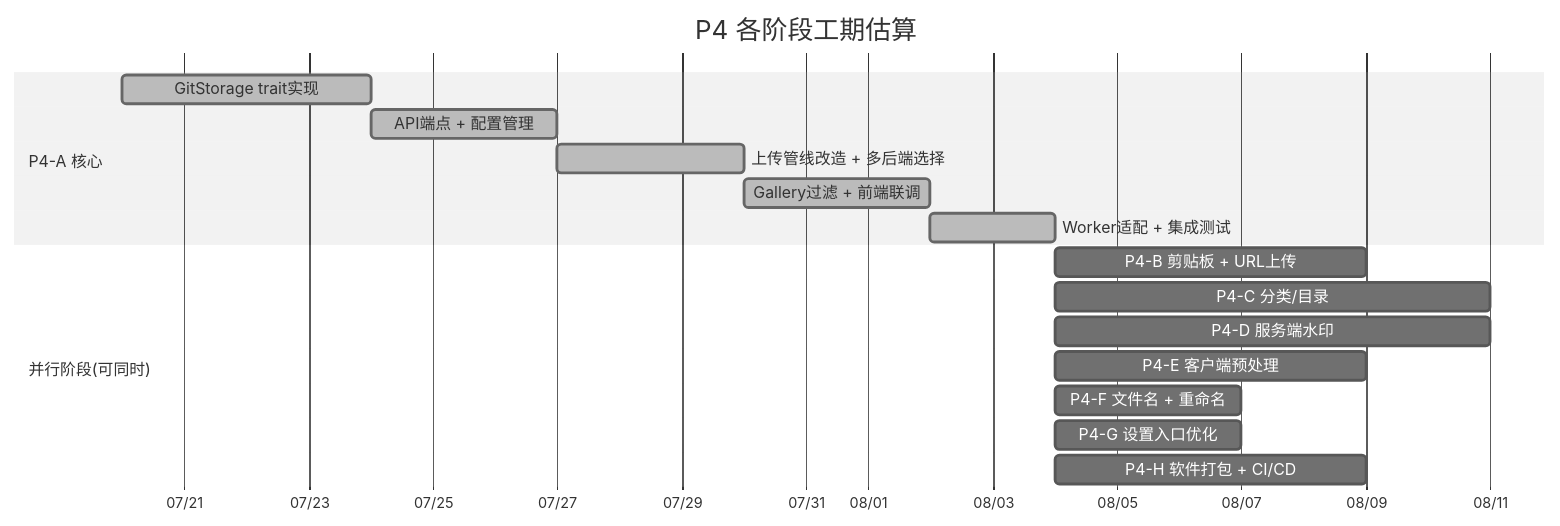
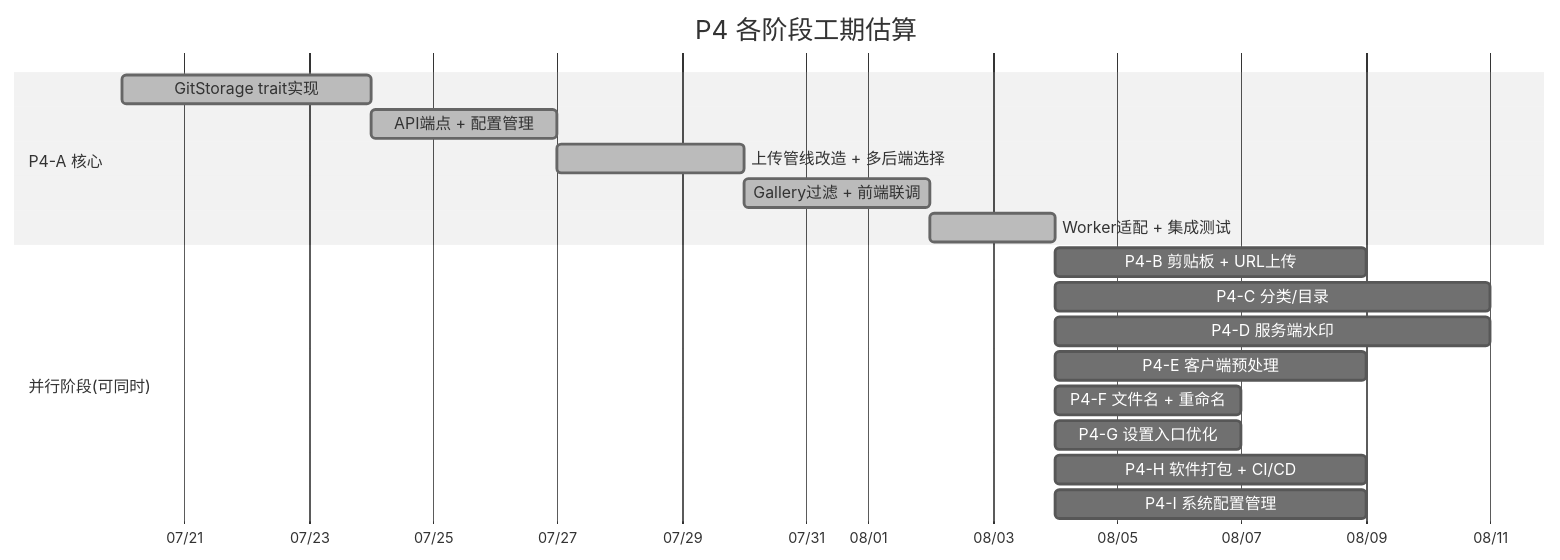
Diagram 12 of 12 in docs/superpowers/specs/2026-07-19-pichost-p4-design.md (JeillZhang/pichost), drawn with Mermaid (neutral theme) before and after one commit. The commit also changed other lines of this file, not shown here.

````diff
--- a/docs/superpowers/specs/2026-07-19-pichost-p4-design.md
+++ b/docs/superpowers/specs/2026-07-19-pichost-p4-design.md
@@ -1549,22 +1692,23 @@
 ```mermaid
 gantt
     title P4 各阶段工期估算
     dateFormat  YYYY-MM-DD
     axisFormat  %m/%d
 
     section P4-A 核心
     GitStorage trait实现       :done, a1, 2026-07-20, 4d
     API端点 + 配置管理         :done, a2, after a1, 3d
     上传管线改造 + 多后端选择  :done, a3, after a2, 3d
     Gallery过滤 + 前端联调     :done, a4, after a3, 3d
     Worker适配 + 集成测试     :done, a5, after a4, 2d
 
     section 并行阶段(可同时)
     P4-B 剪贴板 + URL上传     :b1, after a5, 5d
     P4-C 分类/目录             :c1, after a5, 7d
     P4-D 服务端水印            :d1, after a5, 7d
     P4-E 客户端预处理          :e1, after a5, 5d
     P4-F 文件名 + 重命名       :f1, after a5, 3d
     P4-G 设置入口优化          :g1, after a5, 3d
     P4-H 软件打包 + CI/CD      :h1, after a5, 5d
+    P4-I 系统配置管理          :i1, after a5, 5d
 ```
````
